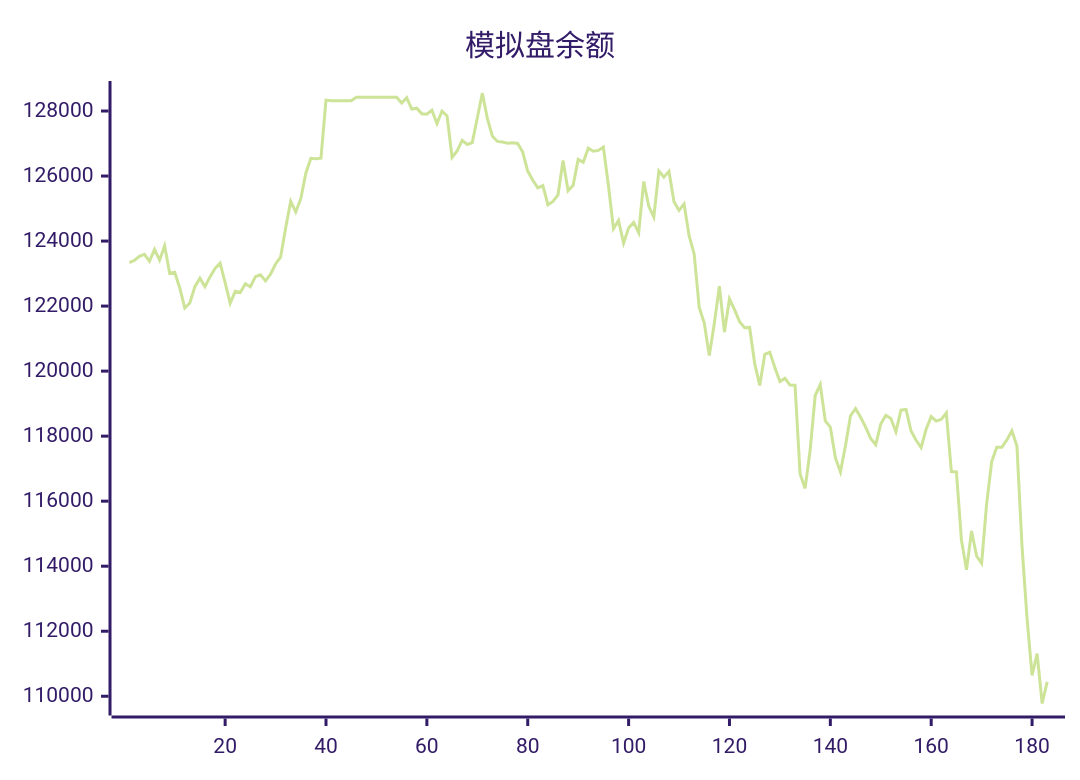
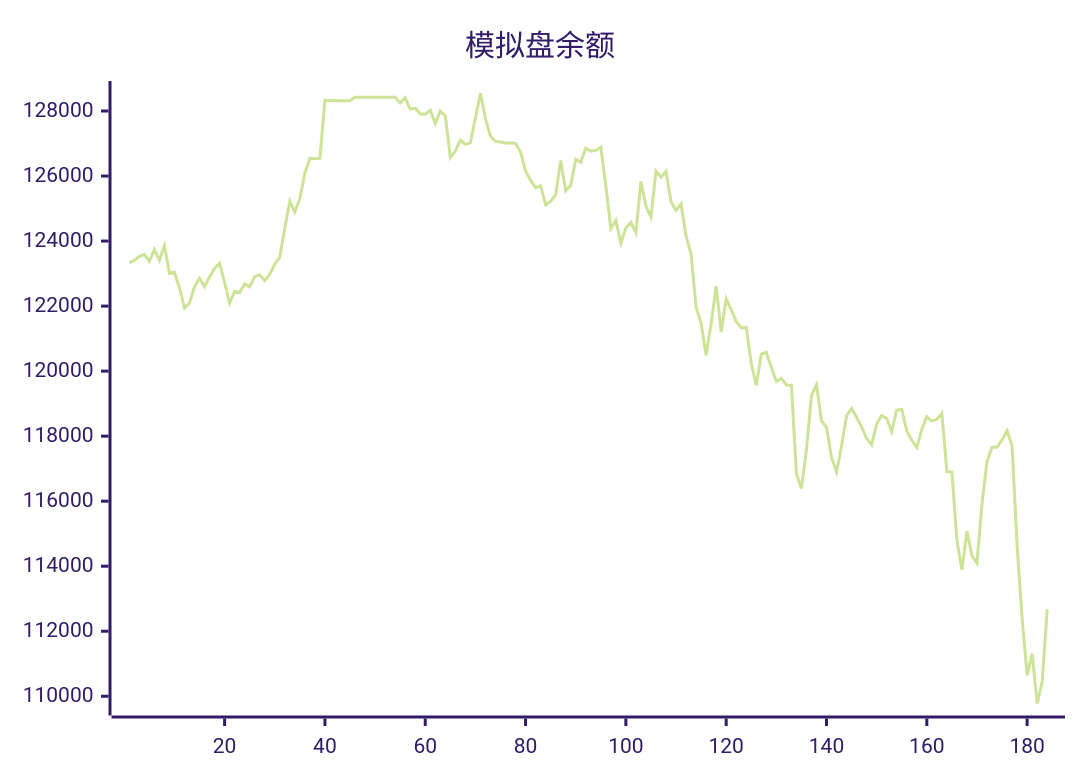
One commit to aahl/ai-trading changed the diagram in README.md. Above: the diagram before and after it, drawn with Mermaid (forest theme). The commit also changed other lines of this file and 3 other files, not shown here.

````diff
--- a/README.md
+++ b/README.md
@@ -5,5 +5,5 @@
 ```mermaid
 xychart
     title "模拟盘余额"
-    line [123338,123402,123530,123592,123378,123745,123413,123853,123009,123040,122557,121938,122095,122599,122856,122597,122898,123160,123319,122719,122087,122454,122416,122685,122592,122907,122961,122776,122981,123295,123507,124403,125224,124894,125303,126088,126544,126534,126549,128335,128318,128318,128318,128318,128318,128424,128424,128424,128424,128424,128424,128424,128424,128424,128247,128412,128062,128087,127917,127901,128026,127611,128000,127850,126572,126770,127100,126971,127029,127783,128554,127765,127224,127064,127044,127009,127025,127004,126738,126152,125871,125635,125707,125117,125217,125420,126480,125545,125715,126511,126424,126856,126764,126788,126890,125710,124381,124632,123936,124402,124574,124256,125833,125070,124739,126154,125966,126145,125213,124943,125143,124157,123604,121959,121476,120476,121470,122610,121201,122221,121889,121522,121332,121344,120232,119559,120513,120577,120108,119680,119777,119572,119568,116839,116392,117573,119250,119585,118469,118277,117338,116897,117706,118628,118849,118579,118280,117926,117735,118373,118639,118544,118136,118798,118819,118162,117874,117649,118215,118601,118463,118517,118713,116911,116899,114798,113887,115084,114313,114091,115934,117221,117658,117658,117883,118164,117693,114632,112403,110644,111313,109777,110444]
+    line [123338,123402,123530,123592,123378,123745,123413,123853,123009,123040,122557,121938,122095,122599,122856,122597,122898,123160,123319,122719,122087,122454,122416,122685,122592,122907,122961,122776,122981,123295,123507,124403,125224,124894,125303,126088,126544,126534,126549,128335,128318,128318,128318,128318,128318,128424,128424,128424,128424,128424,128424,128424,128424,128424,128247,128412,128062,128087,127917,127901,128026,127611,128000,127850,126572,126770,127100,126971,127029,127783,128554,127765,127224,127064,127044,127009,127025,127004,126738,126152,125871,125635,125707,125117,125217,125420,126480,125545,125715,126511,126424,126856,126764,126788,126890,125710,124381,124632,123936,124402,124574,124256,125833,125070,124739,126154,125966,126145,125213,124943,125143,124157,123604,121959,121476,120476,121470,122610,121201,122221,121889,121522,121332,121344,120232,119559,120513,120577,120108,119680,119777,119572,119568,116839,116392,117573,119250,119585,118469,118277,117338,116897,117706,118628,118849,118579,118280,117926,117735,118373,118639,118544,118136,118798,118819,118162,117874,117649,118215,118601,118463,118517,118713,116911,116899,114798,113887,115084,114313,114091,115934,117221,117658,117658,117883,118164,117693,114632,112403,110644,111313,109777,110444,112673]
 ```
````
